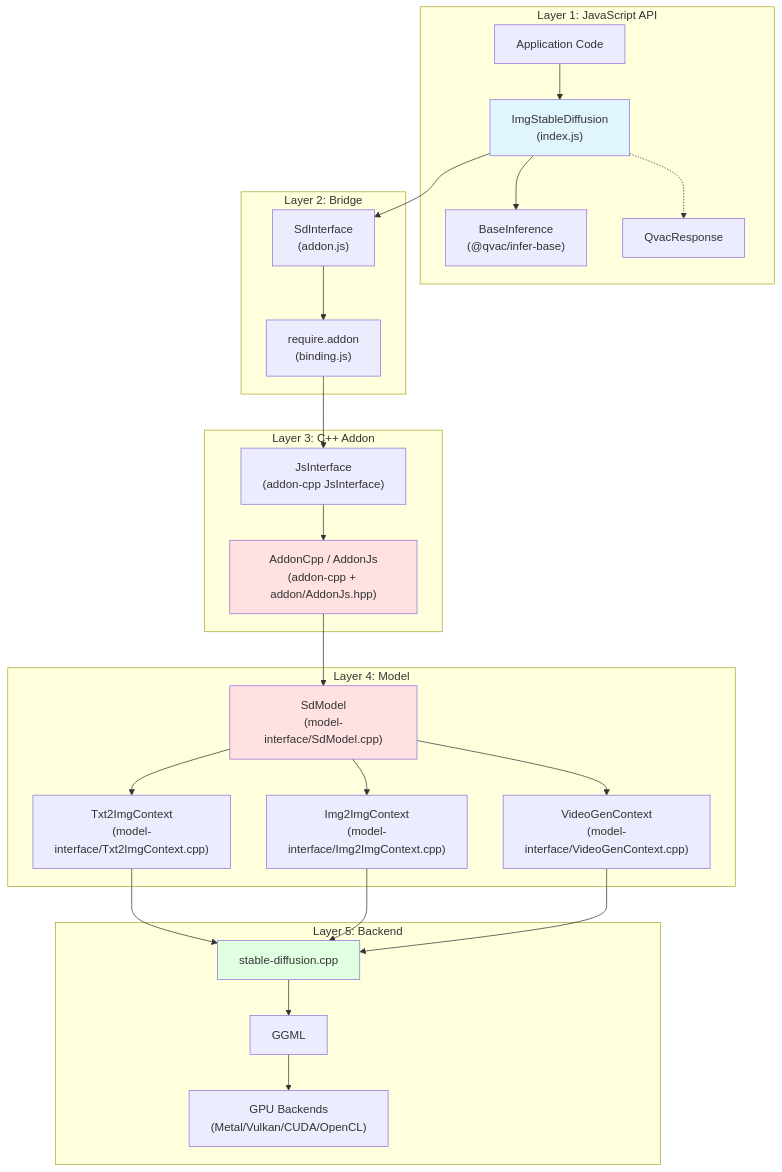
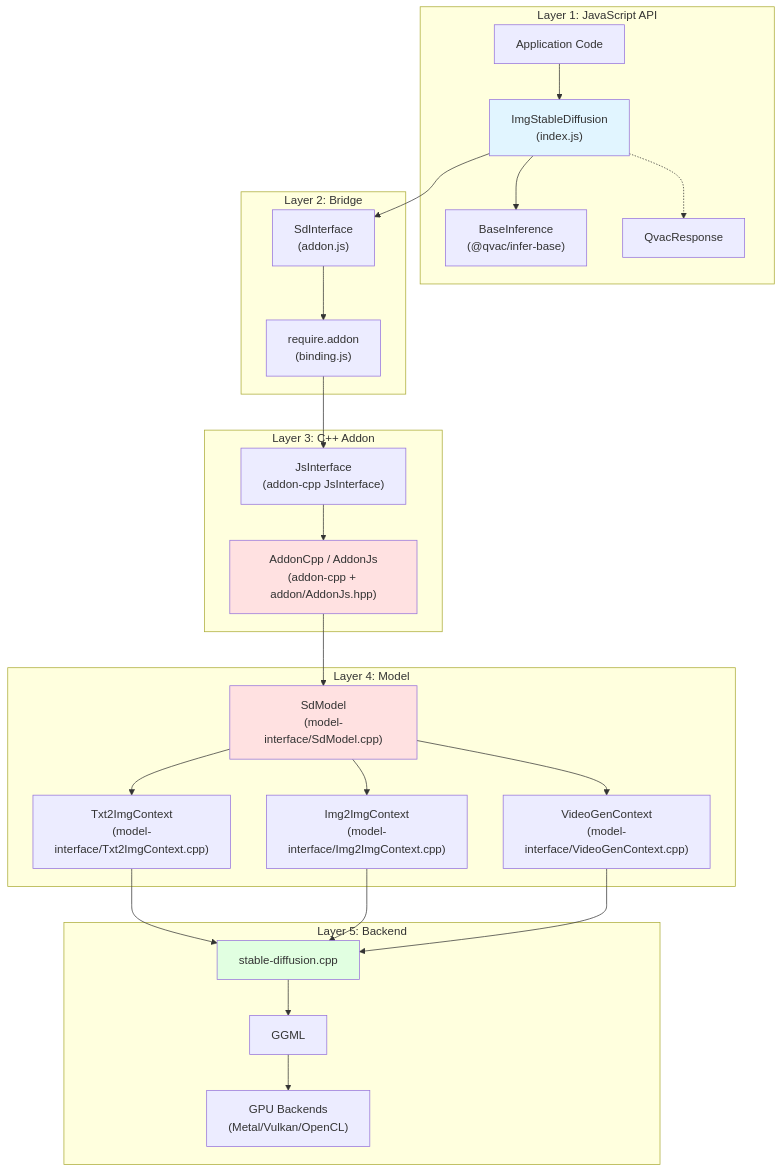
The third of 4 diagrams in packages/lib-infer-diffusion/docs/architecture.md (tetherto/qvac), drawn with Mermaid before and after one commit. The commit also changed other lines of this file and 2 other files, not shown here.

First line of the commit message:
refactor(diffusion): remove CUDA build references from docs

````diff
--- a/packages/lib-infer-diffusion/docs/architecture.md
+++ b/packages/lib-infer-diffusion/docs/architecture.md
@@ -204,58 +204,58 @@
 ```mermaid
 graph TB
     subgraph "Layer 1: JavaScript API"
         APP["Application Code"]
         IMGCLASS["ImgStableDiffusion<br/>(index.js)"]
         BASEINF["BaseInference<br/>(@qvac/infer-base)"]
         RESPONSE["QvacResponse"]
     end
     
     subgraph "Layer 2: Bridge"
         SDIF["SdInterface<br/>(addon.js)"]
         BINDING["require.addon<br/>(binding.js)"]
     end
     
     subgraph "Layer 3: C++ Addon"
         JSINTERFACE["JsInterface<br/>(addon-cpp JsInterface)"]
         ADDONCPP["AddonCpp / AddonJs<br/>(addon-cpp + addon/AddonJs.hpp)"]
     end
     
     subgraph "Layer 4: Model"
         SDMODEL["SdModel<br/>(model-interface/SdModel.cpp)"]
         TXT2IMG["Txt2ImgContext<br/>(model-interface/Txt2ImgContext.cpp)"]
         IMG2IMG["Img2ImgContext<br/>(model-interface/Img2ImgContext.cpp)"]
         VIDGEN["VideoGenContext<br/>(model-interface/VideoGenContext.cpp)"]
     end
     
     subgraph "Layer 5: Backend"
         SDCPP["stable-diffusion.cpp"]
         GGML["GGML"]
-        GPU["GPU Backends<br/>(Metal/Vulkan/CUDA/OpenCL)"]
+        GPU["GPU Backends<br/>(Metal/Vulkan/OpenCL)"]
     end
     
     APP --> IMGCLASS
     IMGCLASS --> BASEINF
     IMGCLASS --> SDIF
     IMGCLASS -.-> RESPONSE
 
     SDIF --> BINDING
     BINDING --> JSINTERFACE
 
     JSINTERFACE --> ADDONCPP
     ADDONCPP --> SDMODEL
     
     SDMODEL --> TXT2IMG
     SDMODEL --> IMG2IMG
     SDMODEL --> VIDGEN
     TXT2IMG --> SDCPP
     IMG2IMG --> SDCPP
     VIDGEN --> SDCPP
     
     SDCPP --> GGML
     GGML --> GPU
     
     style IMGCLASS fill:#e1f5ff
     style ADDONCPP fill:#ffe1e1
     style SDMODEL fill:#ffe1e1
     style SDCPP fill:#e1ffe1
 ```
````
